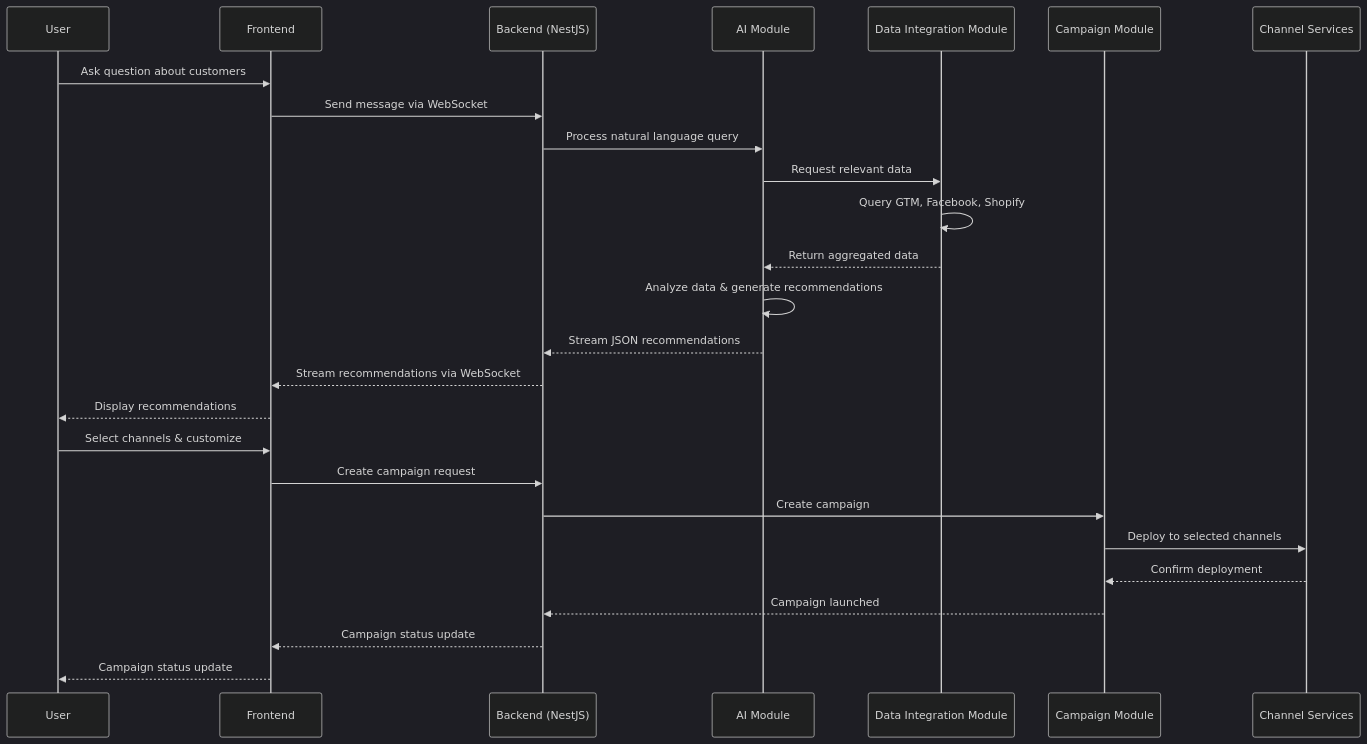
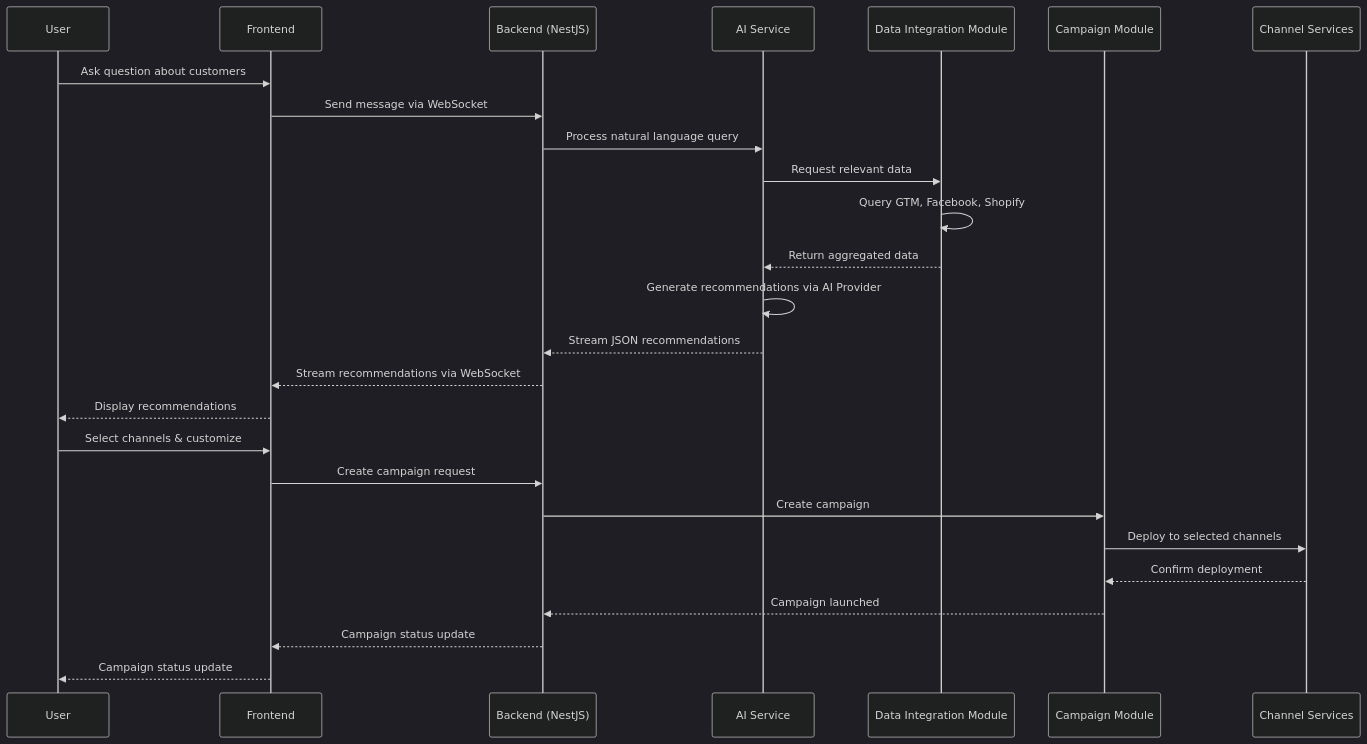
The second of 9 diagrams in docs/system-design.md (sakibrahmanchy/markopolo-ai-fullstack-challenge), drawn with Mermaid (dark theme) before and after one commit. The commit also changed other lines of this file and 3 other files, not shown here.

````diff
--- a/docs/system-design.md
+++ b/docs/system-design.md
@@ -94,29 +94,29 @@
 ```mermaid
 sequenceDiagram
     participant U as User
     participant F as Frontend
     participant B as Backend (NestJS)
-    participant AI as AI Module
+    participant AI as AI Service
     participant DI as Data Integration Module
     participant CM as Campaign Module
     participant CH as Channel Services
     
     U->>F: Ask question about customers
     F->>B: Send message via WebSocket
     B->>AI: Process natural language query
     AI->>DI: Request relevant data
     DI->>DI: Query GTM, Facebook, Shopify
     DI-->>AI: Return aggregated data
-    AI->>AI: Analyze data & generate recommendations
+    AI->>AI: Generate recommendations via AI Provider
     AI-->>B: Stream JSON recommendations
     B-->>F: Stream recommendations via WebSocket
     F-->>U: Display recommendations
     U->>F: Select channels & customize
     F->>B: Create campaign request
     B->>CM: Create campaign
     CM->>CH: Deploy to selected channels
     CH-->>CM: Confirm deployment
     CM-->>B: Campaign launched
     B-->>F: Campaign status update
     F-->>U: Campaign status update
 ```
````
